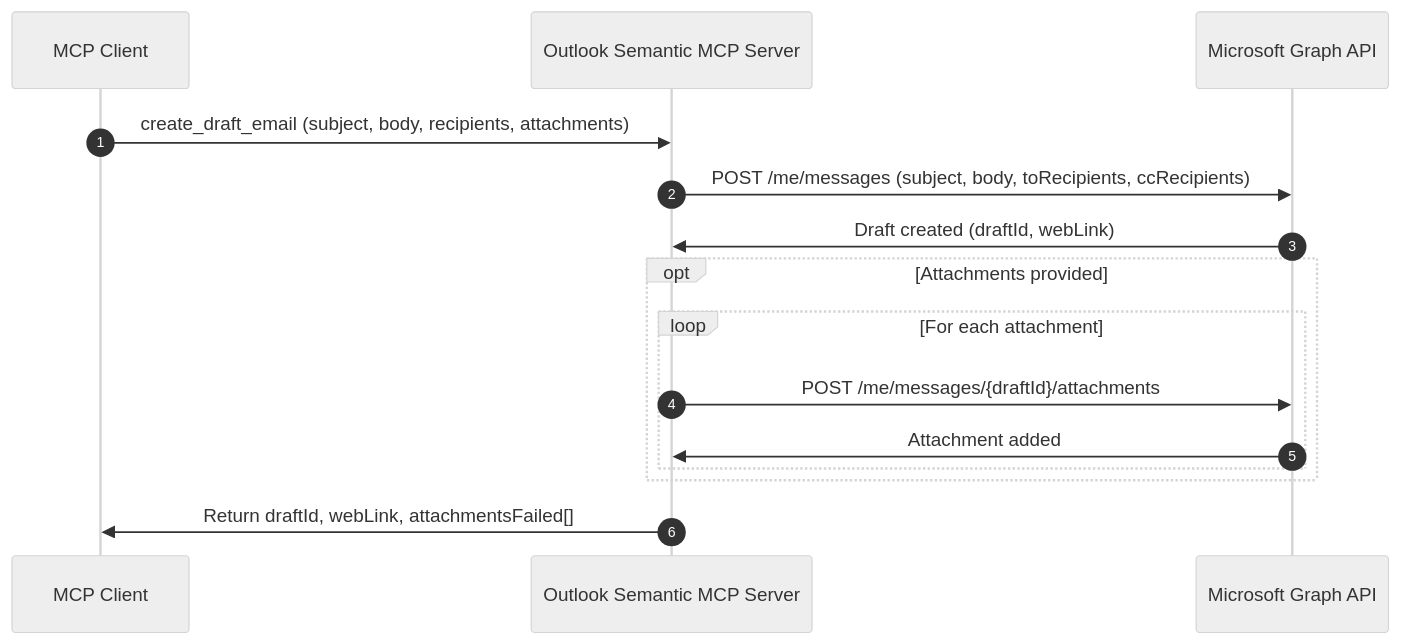
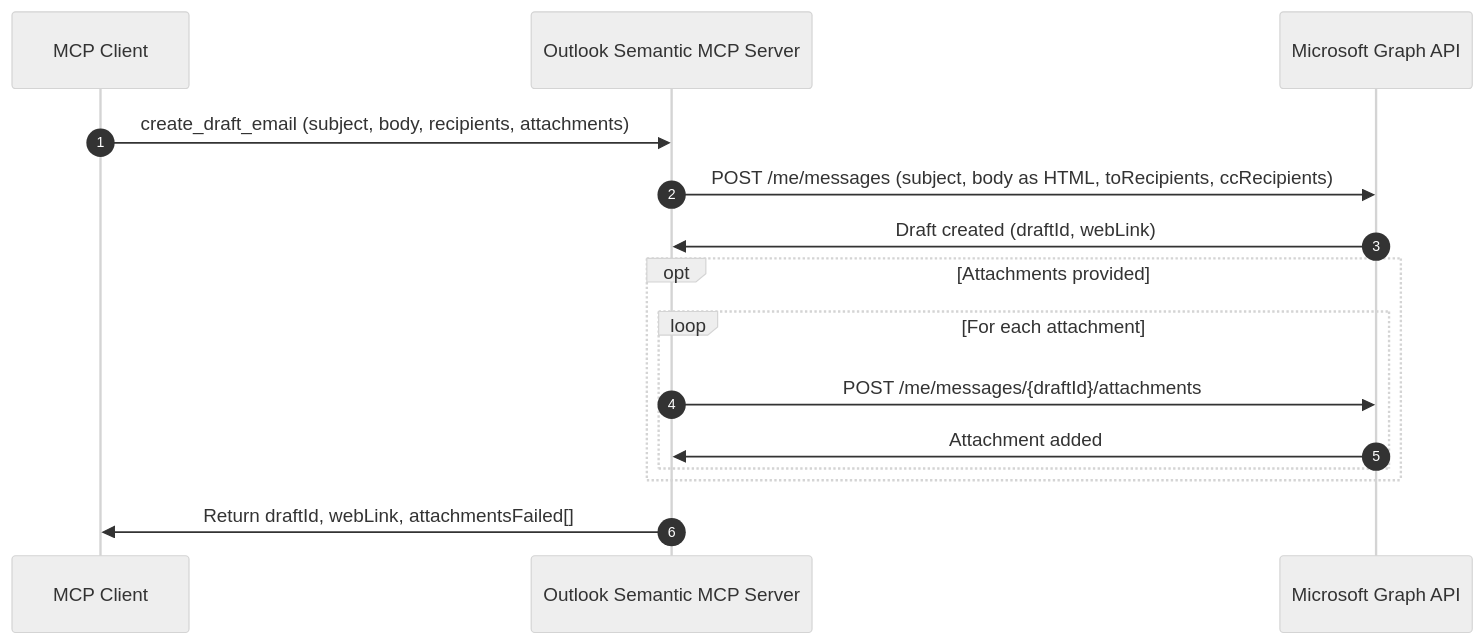
One commit to Unique-AG/connectors changed the fourth of 4 diagrams in services/outlook-semantic-mcp/docs/technical/flows.md. Above: the diagram before and after it, drawn with Mermaid. The commit also changed other lines of this file and 74 other files, not shown here.

First line of the commit message:
fix(outlook-semantic-mcp): live-catchup improvements and search improvements UN-18240 (#417)

````diff
--- a/services/outlook-semantic-mcp/docs/technical/flows.md
+++ b/services/outlook-semantic-mcp/docs/technical/flows.md
@@ -165,21 +171,21 @@
 ```mermaid
 %%{init: {'theme': 'neutral', 'themeVariables': { 'fontSize': '14px' }}}%%
 sequenceDiagram
     autonumber
     participant MCPClient as MCP Client
     participant OutlookMCP as Outlook Semantic MCP Server
     participant MSGraph as Microsoft Graph API
 
     MCPClient->>OutlookMCP: create_draft_email (subject, body, recipients, attachments)
-    OutlookMCP->>MSGraph: POST /me/messages (subject, body, toRecipients, ccRecipients)
+    OutlookMCP->>MSGraph: POST /me/messages (subject, body as HTML, toRecipients, ccRecipients)
     MSGraph->>OutlookMCP: Draft created (draftId, webLink)
 
     opt Attachments provided
         loop For each attachment
             OutlookMCP->>MSGraph: POST /me/messages/{draftId}/attachments
             MSGraph->>OutlookMCP: Attachment added
         end
     end
 
     OutlookMCP->>MCPClient: Return draftId, webLink, attachmentsFailed[]
 ```
````
